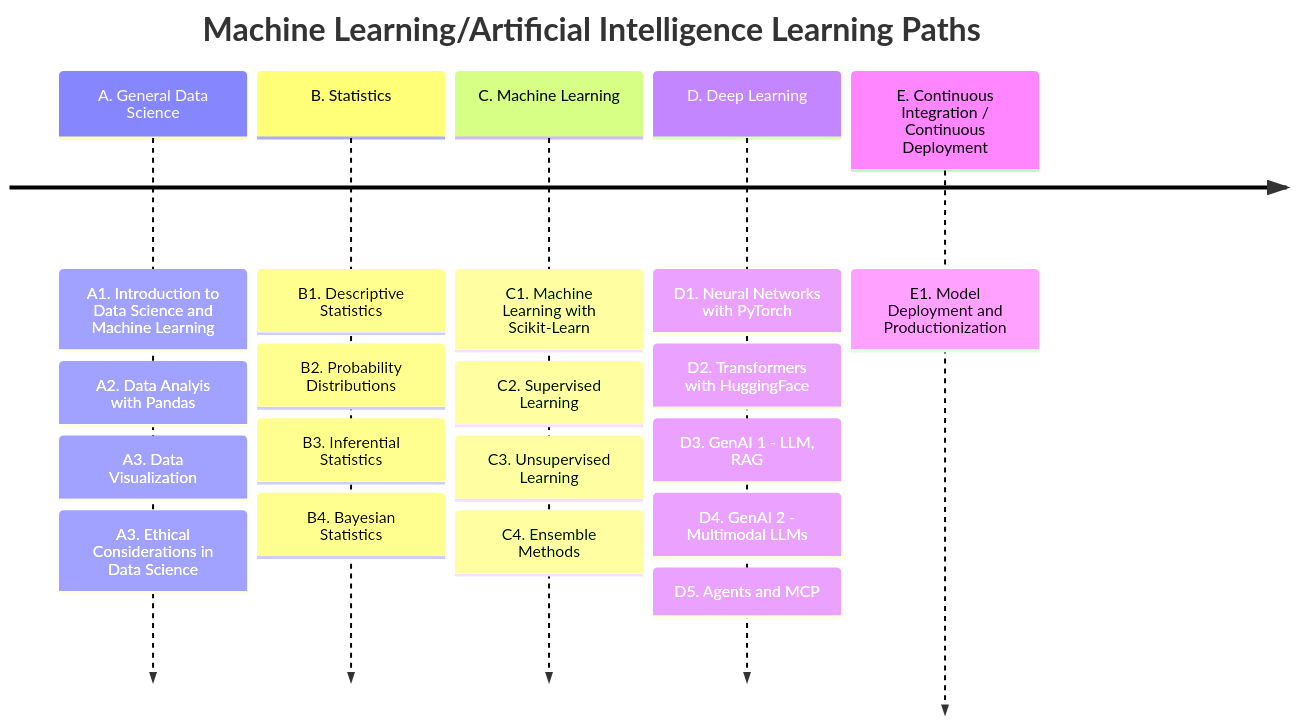
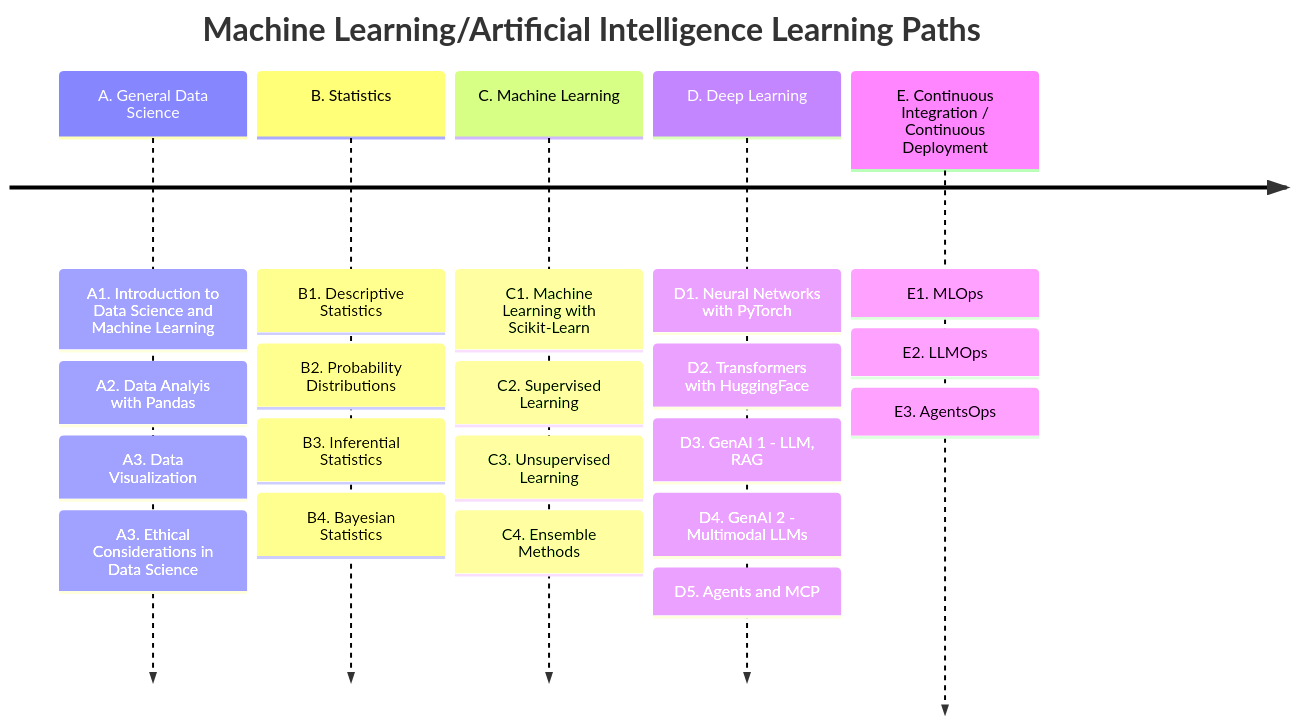
The diagram in docs/mlpaths_grids.md (ua-datalab/ua-datalab.github.io), drawn with Mermaid before and after one commit. The commit also changed other lines of this file, not shown here.

````diff
--- a/docs/mlpaths_grids.md
+++ b/docs/mlpaths_grids.md
@@ -7,23 +7,25 @@
 ```mermaid
 timeline
     title Machine Learning/Artificial Intelligence Learning Paths
     A. General Data Science : A1. Introduction to Data Science and Machine Learning
     	    	 	     : A2. Data Analyis with Pandas
 			     : A3. Data Visualization
 			     : A3. Ethical Considerations in Data Science
     B. Statistics : B1. Descriptive Statistics
                   : B2. Probability Distributions
 		  : B3. Inferential Statistics
 		  : B4. Bayesian Statistics
     C. Machine Learning : C1. Machine Learning with Scikit-Learn
        	       		: C2. Supervised Learning
 	        	 : C3. Unsupervised Learning
 			 : C4. Ensemble Methods
     D. Deep Learning : D1. Neural Networks with PyTorch
 		    : D2. Transformers with HuggingFace
 		    : D3. GenAI 1 - LLM, RAG
 		    : D4. GenAI 2 - Multimodal LLMs
 		    : D5. Agents and MCP
-    E. Continuous Integration / Continuous Deployment  : E1. Model Deployment and Productionization
-
+    E. Continuous Integration / Continuous Deployment  : E1. MLOps
+       		  	      		   	       : E2. LLMOps
+						       : E3. AgentsOps
+						       
 ```
````
